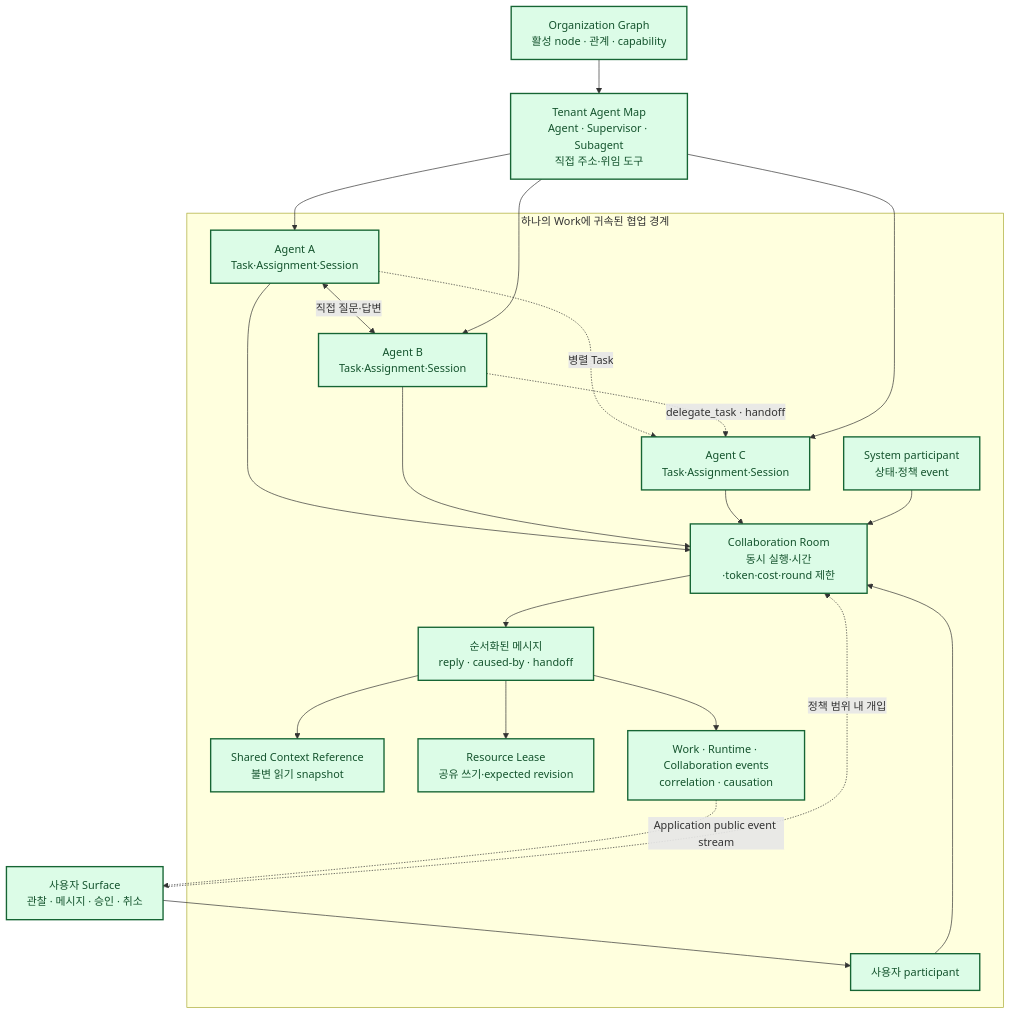
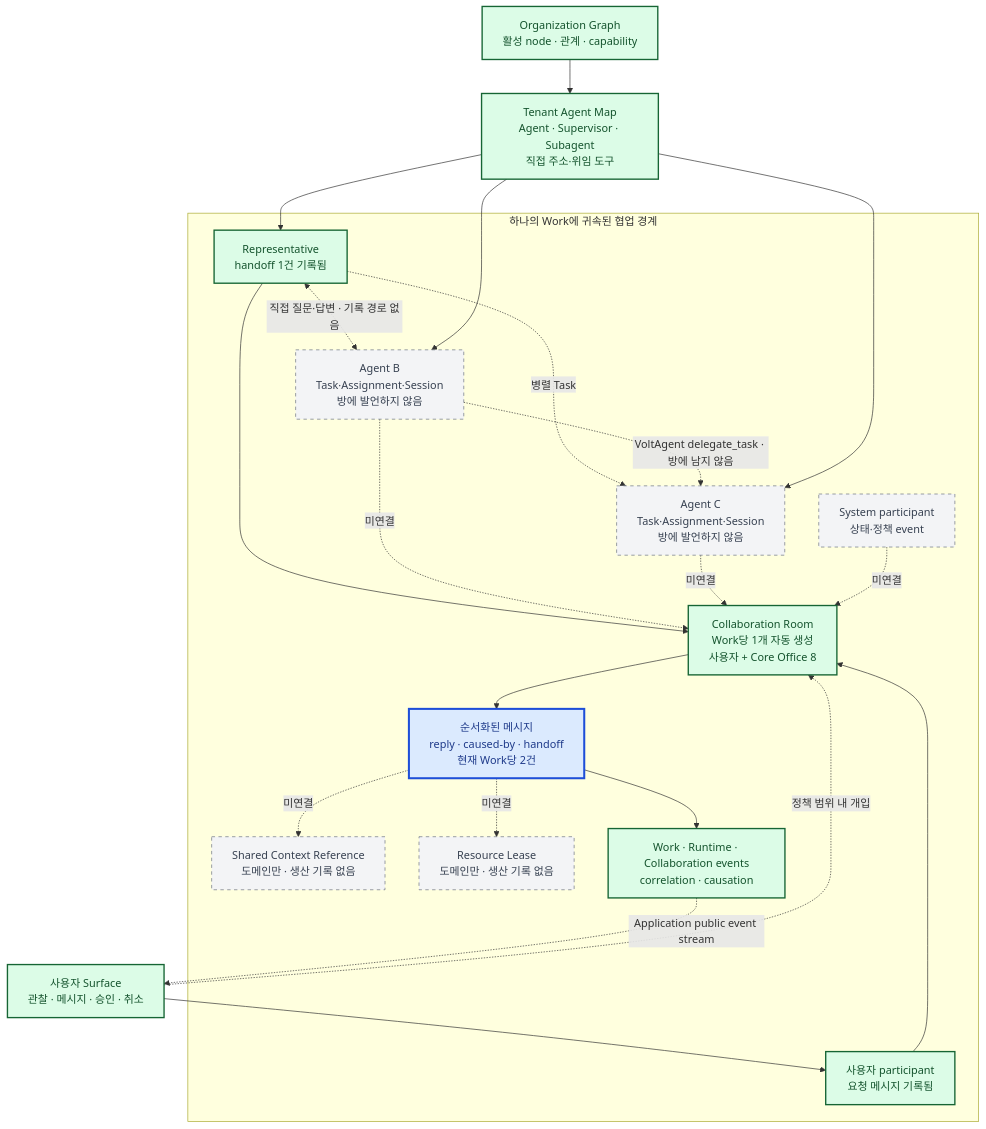
The sixth of 11 diagrams in docs/architecture/README.md (jabdori/massion), drawn with Mermaid before and after one commit. The commit also changed other lines of this file and 6 other files, not shown here.

````diff
--- a/docs/architecture/README.md
+++ b/docs/architecture/README.md
@@ -342,45 +346,45 @@
 ```mermaid
 flowchart TB
   classDef implemented fill:#dcfce7,stroke:#166534,color:#14532d,stroke-width:2px;
   classDef implementing fill:#dbeafe,stroke:#1d4ed8,color:#1e3a8a,stroke-width:3px;
   classDef planned fill:#f3f4f6,stroke:#6b7280,color:#374151,stroke-width:1px,stroke-dasharray:5 5;
   classDef external fill:#ffedd5,stroke:#c2410c,color:#7c2d12,stroke-width:2px;
 
   Org["Organization Graph<br/>활성 node · 관계 · capability"]:::implemented
   Map["Tenant Agent Map<br/>Agent · Supervisor · Subagent<br/>직접 주소·위임 도구"]:::implemented
   Observer["사용자 Surface<br/>관찰 · 메시지 · 승인 · 취소"]:::implemented
 
   subgraph WorkBoundary["하나의 Work에 귀속된 협업 경계"]
-    Room["Collaboration Room<br/>동시 실행·시간·token·cost·round 제한"]:::implemented
-    User["사용자 participant"]:::implemented
-    AgentA["Agent A<br/>Task·Assignment·Session"]:::implemented
-    AgentB["Agent B<br/>Task·Assignment·Session"]:::implemented
-    AgentC["Agent C<br/>Task·Assignment·Session"]:::implemented
-    System["System participant<br/>상태·정책 event"]:::implemented
-    Messages["순서화된 메시지<br/>reply · caused-by · handoff"]:::implemented
-    Shared["Shared Context Reference<br/>불변 읽기 snapshot"]:::implemented
-    Lease["Resource Lease<br/>공유 쓰기·expected revision"]:::implemented
+    Room["Collaboration Room<br/>Work당 1개 자동 생성<br/>사용자 + Core Office 8"]:::implemented
+    User["사용자 participant<br/>요청 메시지 기록됨"]:::implemented
+    AgentA["Representative<br/>handoff 1건 기록됨"]:::implemented
+    AgentB["Agent B<br/>Task·Assignment·Session<br/>방에 발언하지 않음"]:::planned
+    AgentC["Agent C<br/>Task·Assignment·Session<br/>방에 발언하지 않음"]:::planned
+    System["System participant<br/>상태·정책 event"]:::planned
+    Messages["순서화된 메시지<br/>reply · caused-by · handoff<br/>현재 Work당 2건"]:::implementing
+    Shared["Shared Context Reference<br/>도메인만 · 생산 기록 없음"]:::planned
+    Lease["Resource Lease<br/>도메인만 · 생산 기록 없음"]:::planned
     Events["Work · Runtime · Collaboration events<br/>correlation · causation"]:::implemented
 
     User --> Room
     AgentA --> Room
-    AgentB --> Room
-    AgentC --> Room
-    System --> Room
+    AgentB -. "미연결" .-> Room
+    AgentC -. "미연결" .-> Room
+    System -. "미연결" .-> Room
     Room --> Messages
-    AgentA <-->|"직접 질문·답변"| AgentB
+    AgentA <-. "직접 질문·답변 · 기록 경로 없음" .-> AgentB
     AgentA -. "병렬 Task" .-> AgentC
-    AgentB -. "delegate_task · handoff" .-> AgentC
-    Messages --> Shared
-    Messages --> Lease
+    AgentB -. "VoltAgent delegate_task · 방에 남지 않음" .-> AgentC
+    Messages -. "미연결" .-> Shared
+    Messages -. "미연결" .-> Lease
     Messages --> Events
   end
 
   Org --> Map
   Map --> AgentA
   Map --> AgentB
   Map --> AgentC
   Observer --> User
   Events -. "Application public event stream" .-> Observer
   Observer -. "정책 범위 내 개입" .-> Room
 ```
````
